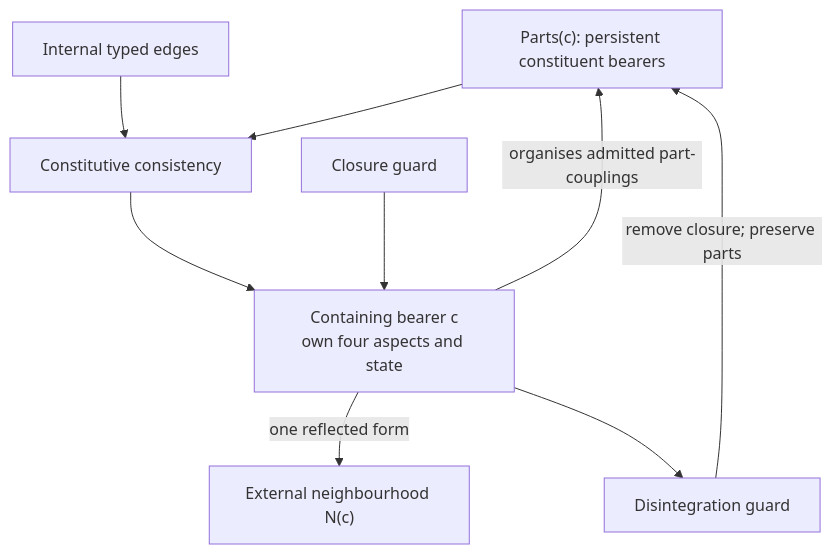
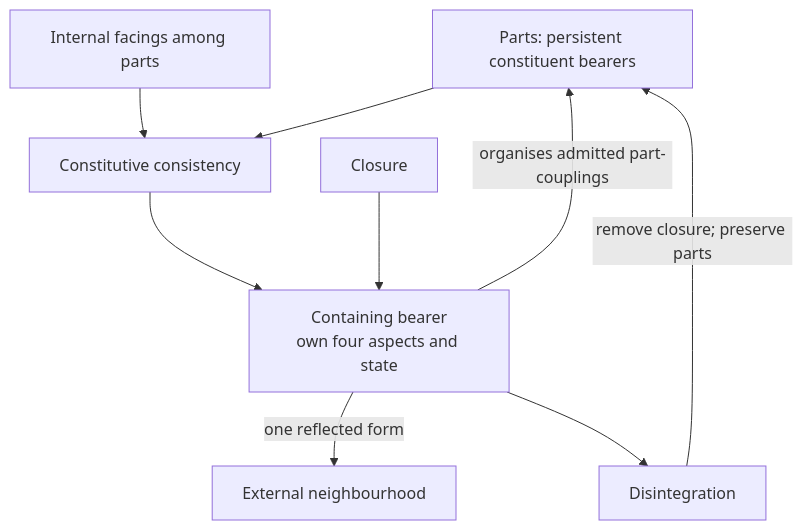
One commit to raghavamohan/AnalyticMadhyasthDarshan changed the fifth of 7 diagrams in Studies/A-State-Dynamic-Model-Of-Coexistence/A-State-Dynamic-Model-Of-Coexistence.md. Above: the diagram before and after it, drawn with Mermaid. The commit also changed other lines of this file and 8 other files, not shown here.

````diff
--- a/Studies/A-State-Dynamic-Model-Of-Coexistence/A-State-Dynamic-Model-Of-Coexistence.md
+++ b/Studies/A-State-Dynamic-Model-Of-Coexistence/A-State-Dynamic-Model-Of-Coexistence.md
@@ -416,11 +395,11 @@
 ```mermaid
 flowchart TB
-    PARTS["Parts(c): persistent constituent bearers"] --> CONS["Constitutive consistency"]
-    INTERNAL["Internal typed edges"] --> CONS
-    CONS --> WHOLE["Containing bearer c<br/>own four aspects and state"]
+    PARTS["Parts: persistent constituent bearers"] --> CONS["Constitutive consistency"]
+    INTERNAL["Internal facings among parts"] --> CONS
+    CONS --> WHOLE["Containing bearer<br/>own four aspects and state"]
     WHOLE -->|"organises admitted part-couplings"| PARTS
-    WHOLE -->|"one reflected form"| EXTERNAL["External neighbourhood N(c)"]
-    GUARD["Closure guard"] --> WHOLE
-    WHOLE --> DIS["Disintegration guard"]
+    WHOLE -->|"one reflected form"| EXTERNAL["External neighbourhood"]
+    GUARD["Closure"] --> WHOLE
+    WHOLE --> DIS["Disintegration"]
     DIS -->|"remove closure; preserve parts"| PARTS
 ```
````
